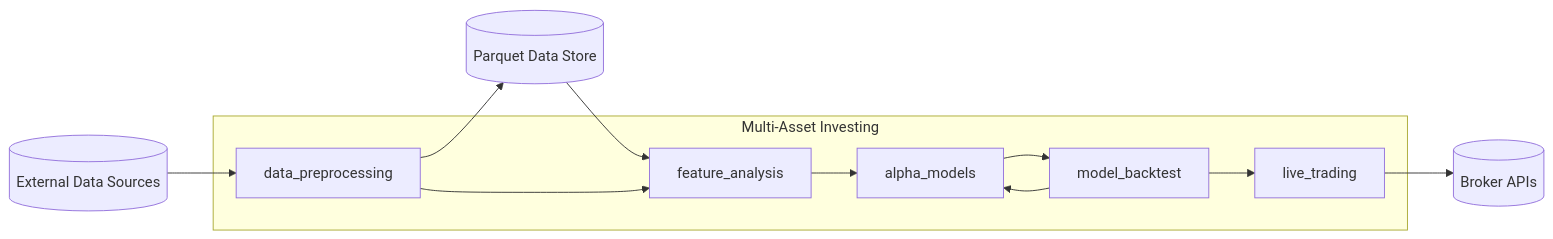
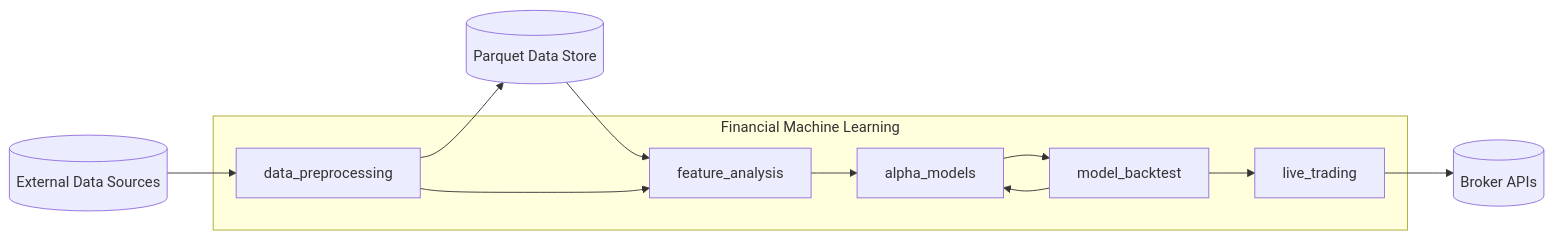
Before and after one commit to kwonjunhyuk9/financial-machine-learning: the second of 7 diagrams in docs/architecture.md, drawn with Mermaid. The commit also changed other lines of this file and 3 other files, not shown here.

````diff
--- a/docs/architecture.md
+++ b/docs/architecture.md
@@ -39,24 +39,24 @@
 ```mermaid
 flowchart LR
     ext[(External Data Sources)]
     broker[(Broker APIs)]
     parquet[(Parquet Data Store)]
 
-    subgraph system[Multi-Asset Investing]
+    subgraph system[Financial Machine Learning]
         dp[data_preprocessing]
         feat[feature_analysis]
         alpha[alpha_models]
         backtest[model_backtest]
         live[live_trading]
     end
 
     ext --> dp
     dp --> parquet
     parquet --> feat
     dp --> feat
     feat --> alpha
     alpha --> backtest
     backtest --> alpha
     backtest --> live
     live --> broker
 ```
````
